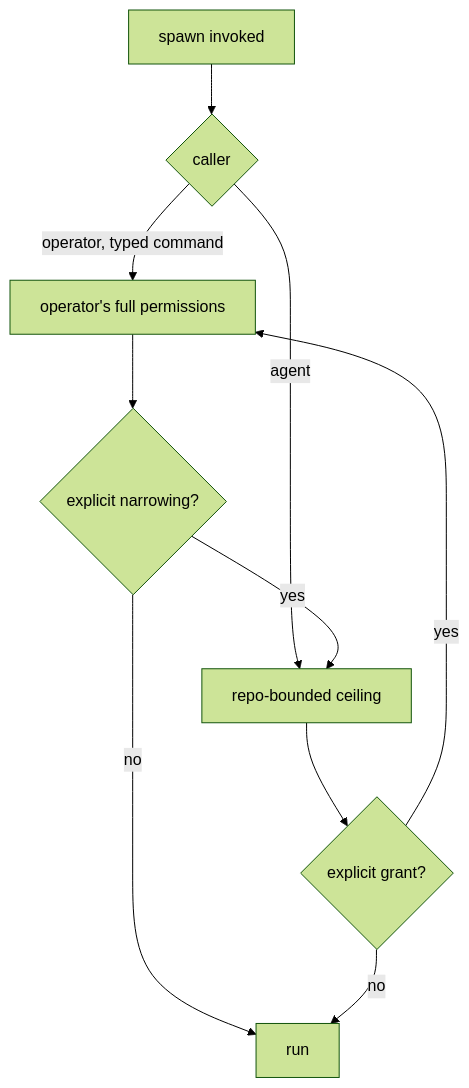
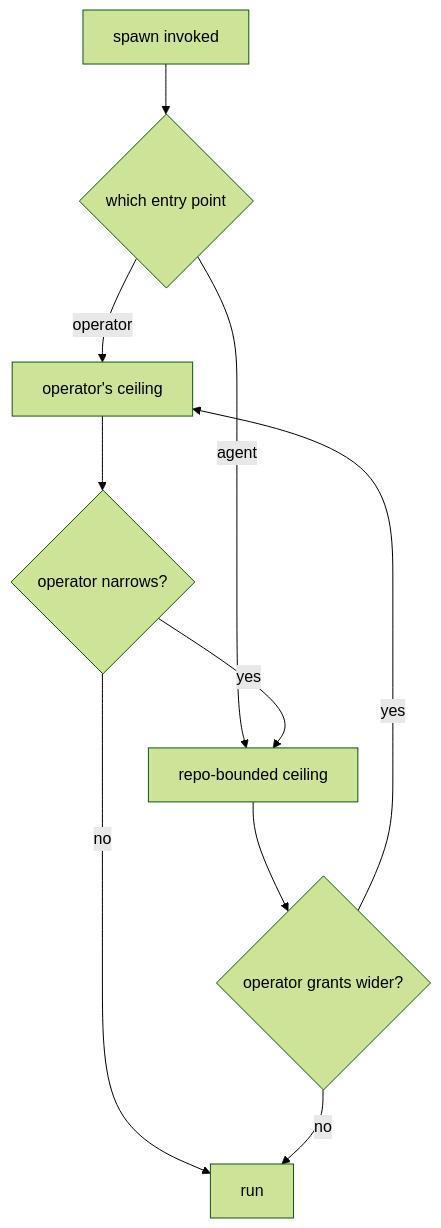
One commit to shawnroos/shrimpshack changed the diagram in docs/plans/2026-08-07-001-feat-spawn-surfaces-plan.md. Above: the diagram before and after it, drawn with Mermaid (forest theme). The commit also changed other lines of this file, not shown here.

First line of the commit message:
docs(spawn): apply the review findings — P0s, P1s and P2s from both passes

````diff
--- a/docs/plans/2026-08-07-001-feat-spawn-surfaces-plan.md
+++ b/docs/plans/2026-08-07-001-feat-spawn-surfaces-plan.md
@@ -125,12 +135,12 @@
 ```mermaid
 flowchart TB
-  A[spawn invoked] --> B{caller}
-  B -->|operator, typed command| C[operator's full permissions]
+  A[spawn invoked] --> B{which entry point}
+  B -->|operator| C[operator's ceiling]
   B -->|agent| D[repo-bounded ceiling]
-  C --> E{explicit narrowing?}
-  D --> F{explicit grant?}
+  C --> E{operator narrows?}
+  D --> F{operator grants wider?}
   E -->|yes| D
   E -->|no| G[run]
   F -->|yes| C
   F -->|no| G
 ```
````
